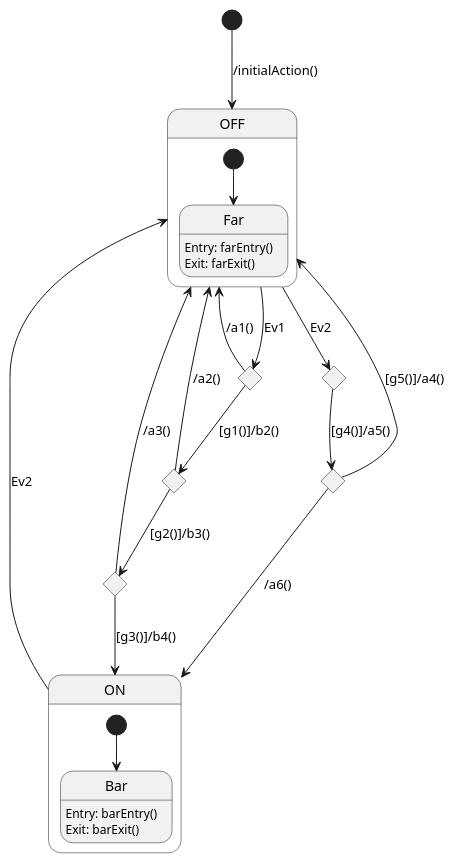
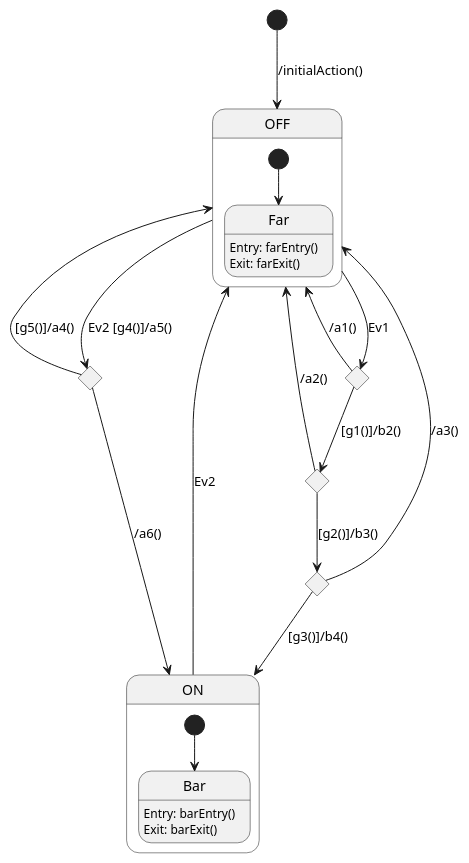
The diagram in models/TestModels/string_guards/String_Guards.plantuml (JPLOpenSource/STARS), drawn with PlantUML before and after one commit. The commit also changed 66 other files, not shown here.

```diff
--- a/models/TestModels/string_guards/String_Guards.plantuml
+++ b/models/TestModels/string_guards/String_Guards.plantuml
@@ -2,40 +2,38 @@
 @startuml
 
 [*] --> OFF :/initialAction()
 
 state OFF {
     [*] --> Far
     state Far {
         Far:Entry: farEntry()
         Far:Exit: farExit()
     }
 }
 
 state ON {
     [*] --> Bar
     state Bar {
         Bar:Entry: barEntry()
         Bar:Exit: barExit()
     }
 }
 
 state c1 <<choice>>
 state c2 <<choice>>
 state c3 <<choice>>
-state c4 <<choice>>
 state c5 <<choice>>
 
 ON --> OFF: Ev2
 OFF --> c1: Ev1
 c1 --> OFF: /a1()
 c1 --> c2: [g1()]/b2()
 c2 --> OFF: /a2()
 c2 --> c3: [g2()]/b3()
 c3 --> OFF: /a3()
 c3 --> ON: [g3()]/b4()
-OFF --> c4: Ev2
-c4 --> c5: [g4()]/a5()
+OFF --> c5: Ev2 [g4()]/a5()
 c5 --> OFF: [g5()]/a4()
 c5 --> ON: /a6()
 
 @enduml
```
